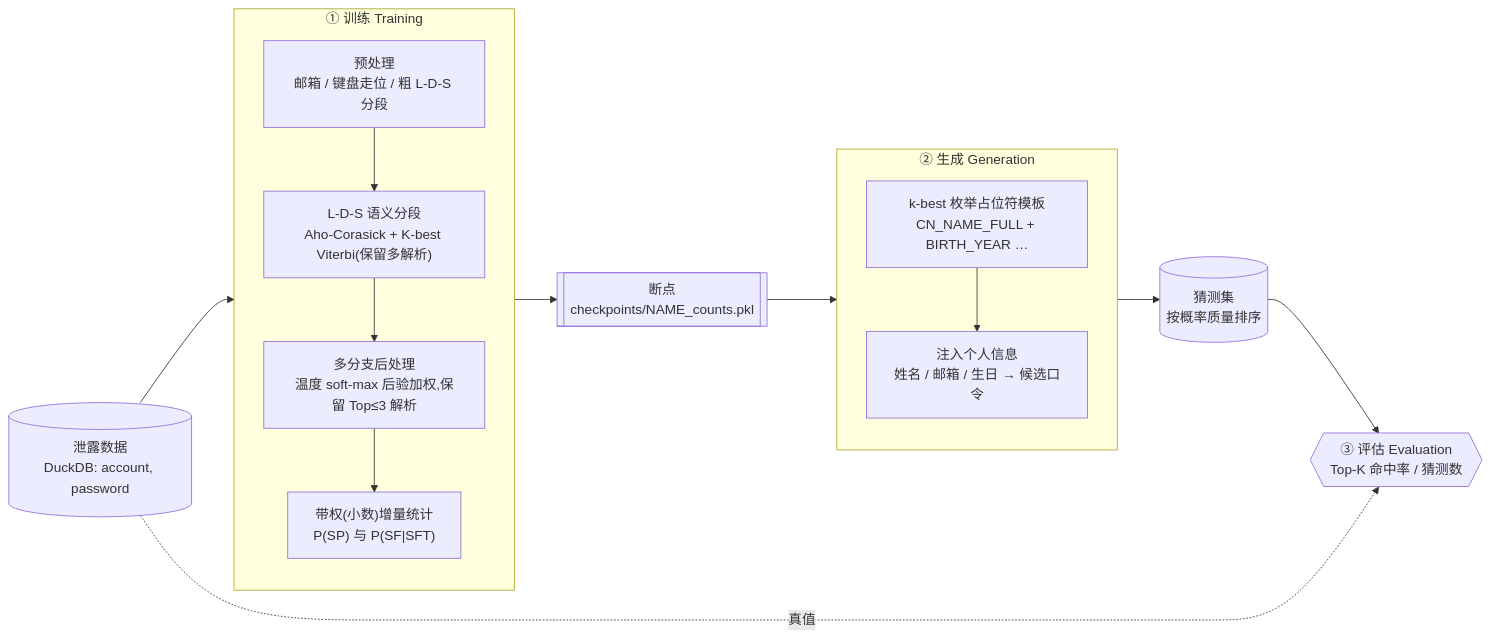
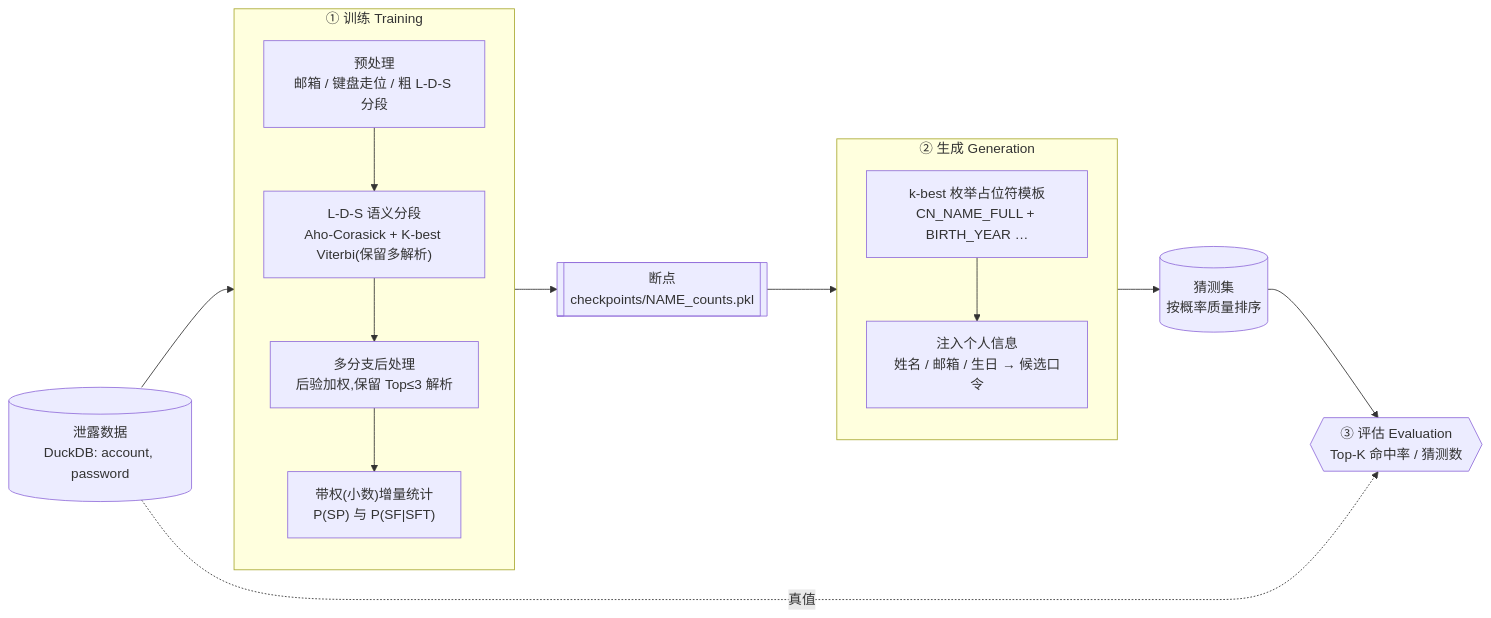
Before and after one commit to yiyangshen04/sepcfg: the diagram in README.md, drawn with Mermaid. The commit also changed other lines of this file, not shown here.

````diff
--- a/README.md
+++ b/README.md
@@ -170,25 +112,25 @@
 ```mermaid
 flowchart LR
     A[("泄露数据<br/>DuckDB: account, password")] --> B
 
     subgraph TRAIN["① 训练 Training"]
         direction TB
         B["预处理<br/>邮箱 / 键盘走位 / 粗 L-D-S 分段"]
         B --> C["L-D-S 语义分段<br/>Aho-Corasick + K-best Viterbi(保留多解析)"]
-        C --> D["多分支后处理<br/>温度 soft-max 后验加权,保留 Top≤3 解析"]
+        C --> D["多分支后处理<br/>后验加权,保留 Top≤3 解析"]
         D --> E["带权(小数)增量统计<br/>P(SP) 与 P(SF|SFT)"]
     end
 
     E --> F[["断点<br/>checkpoints/NAME_counts.pkl"]]
 
     subgraph GEN["② 生成 Generation"]
         direction TB
         G["k-best 枚举占位符模板<br/>CN_NAME_FULL + BIRTH_YEAR …"]
         G --> H["注入个人信息<br/>姓名 / 邮箱 / 生日 → 候选口令"]
     end
 
     F --> G
     H --> I[("猜测集<br/>按概率质量排序")]
     I --> J{{"③ 评估 Evaluation<br/>Top-K 命中率 / 猜测数"}}
     A -.真值.-> J
 ```
````
